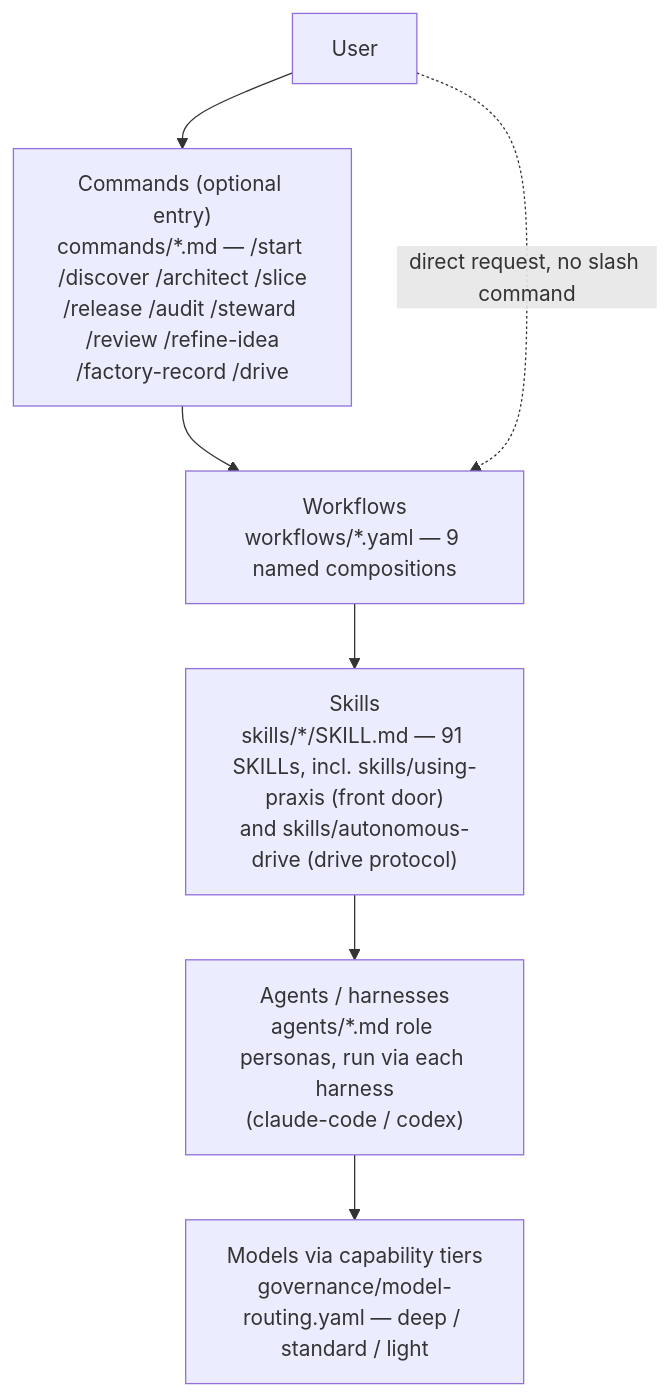
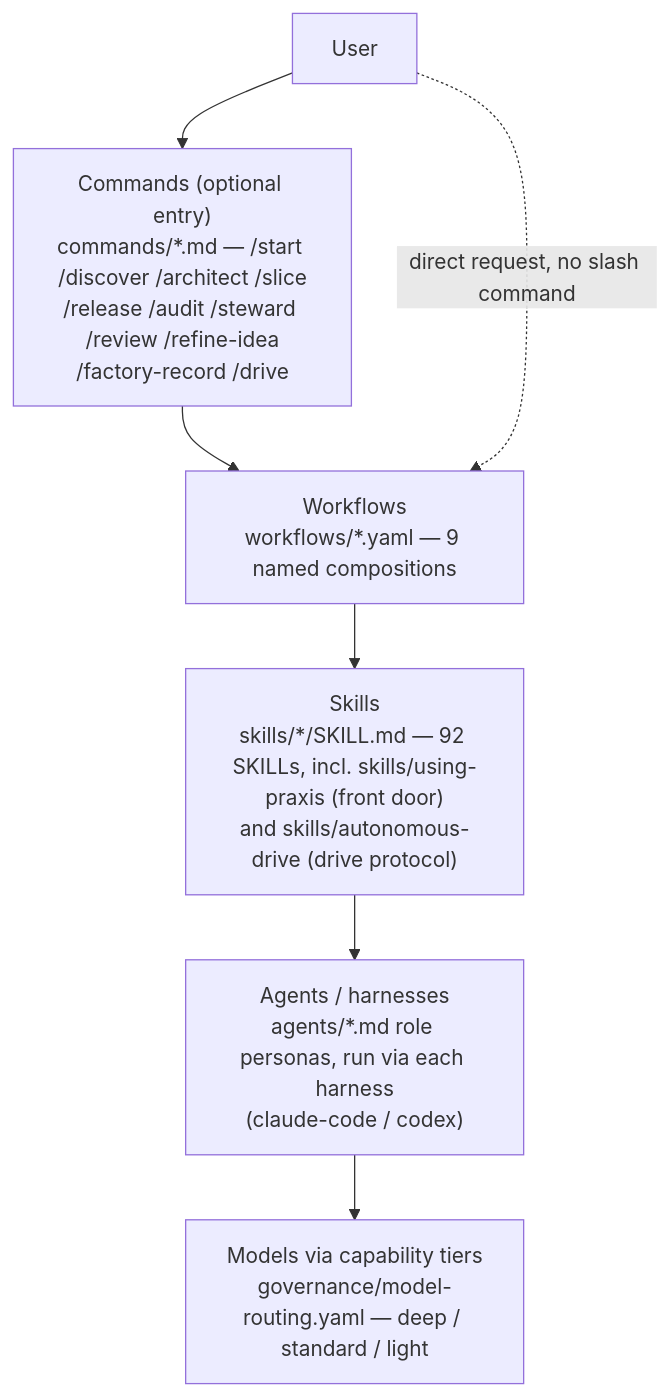
Before and after one commit to jeet129/praxis: the second of 4 diagrams in docs/operating-model.md, drawn with Mermaid. The commit also changed 20 other files, not shown here.

````diff
--- a/docs/operating-model.md
+++ b/docs/operating-model.md
@@ -78,16 +78,16 @@
 ```mermaid
 flowchart TD
     USER["User"]
     CMD["Commands (optional entry)<br/>commands/*.md — /start /discover /architect /slice<br/>/release /audit /steward /review /refine-idea<br/>/factory-record /drive"]
     WFL["Workflows<br/>workflows/*.yaml — 9 named compositions"]
-    SKL["Skills<br/>skills/*/SKILL.md — 91 SKILLs, incl. skills/using-praxis (front door)<br/>and skills/autonomous-drive (drive protocol)"]
+    SKL["Skills<br/>skills/*/SKILL.md — 92 SKILLs, incl. skills/using-praxis (front door)<br/>and skills/autonomous-drive (drive protocol)"]
     AGH["Agents / harnesses<br/>agents/*.md role personas, run via each harness<br/>(claude-code / codex)"]
     MOD["Models via capability tiers<br/>governance/model-routing.yaml — deep / standard / light"]
 
     USER --> CMD
     CMD --> WFL
     USER -.->|direct request, no slash command| WFL
     WFL --> SKL
     SKL --> AGH
     AGH --> MOD
 ```
````
